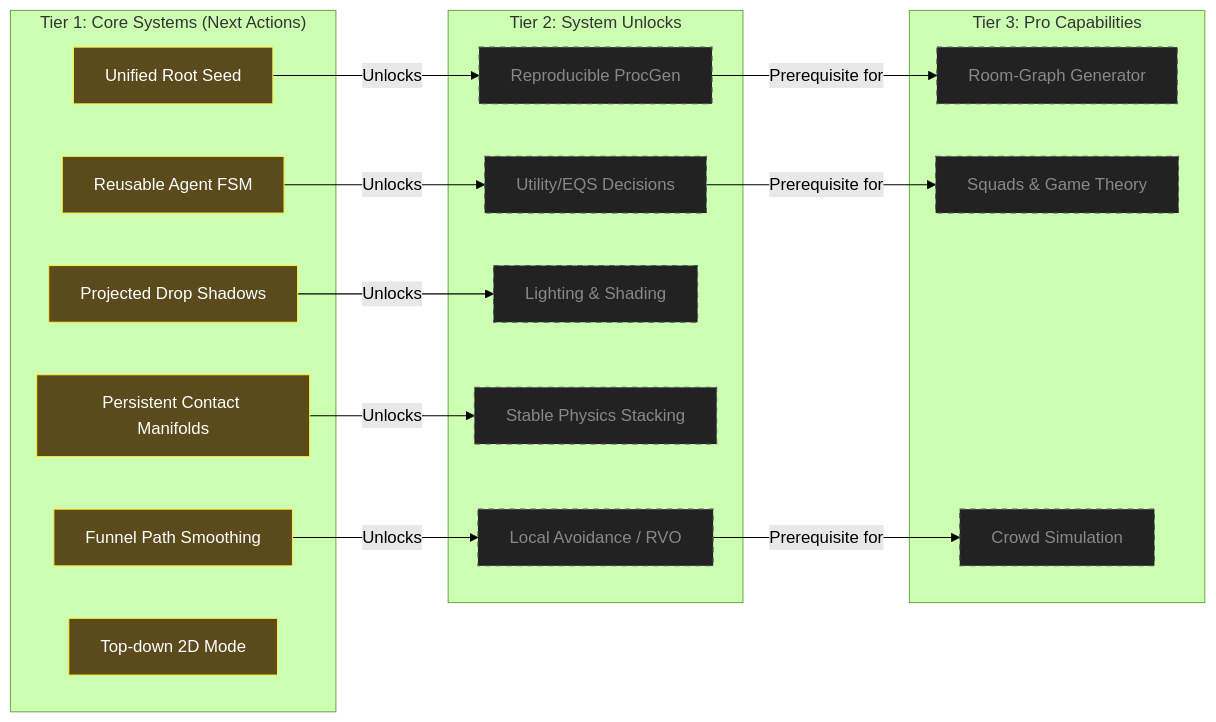
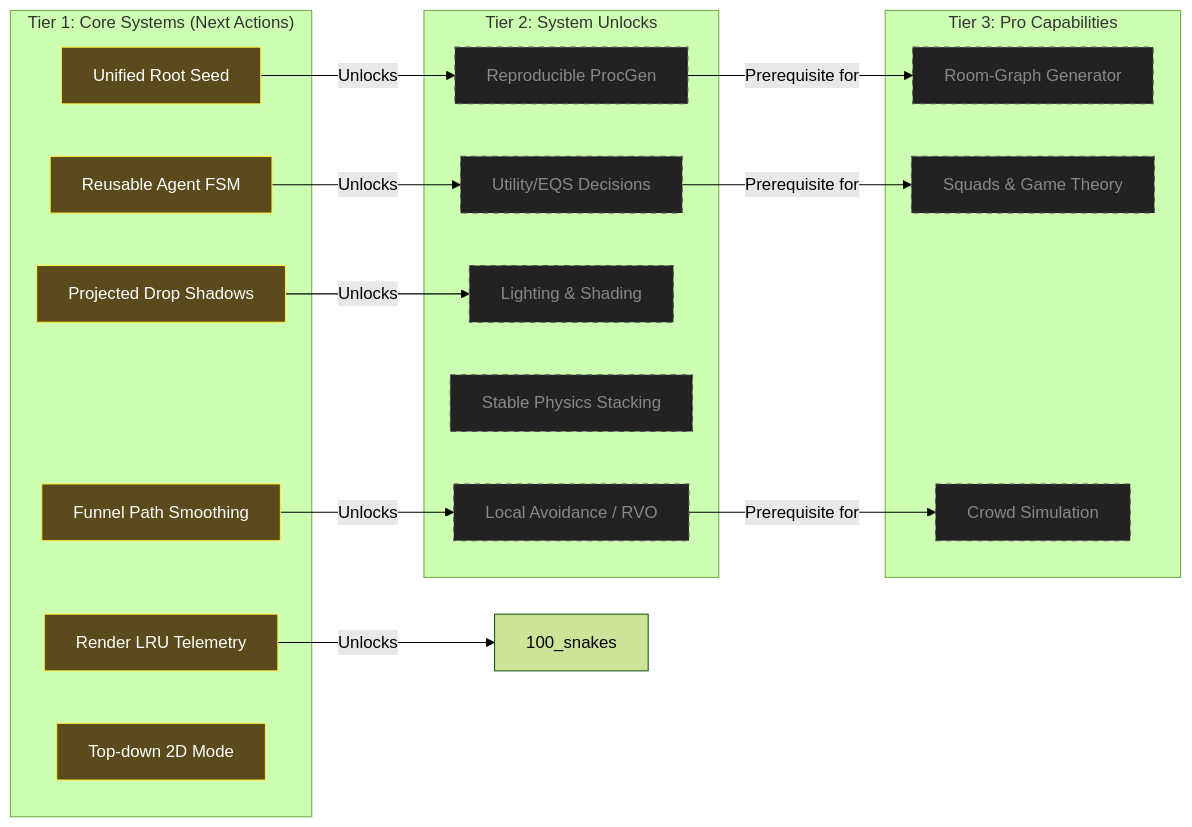
The second of 2 diagrams in Plans/ROADMAP.md (mistercatface/tower), drawn with Mermaid (forest theme) before and after one commit. The commit also changed other lines of this file and 2 other files, not shown here.

````diff
--- a/Plans/ROADMAP.md
+++ b/Plans/ROADMAP.md
@@ -306,51 +306,51 @@
 ```mermaid
 flowchart LR
     %% Foundation Tier
     subgraph T1["Tier 1: Core Systems (Next Actions)"]
         seed[Unified Root Seed]
         fsm[Reusable Agent FSM]
         shadows[Projected Drop Shadows]
-        manifold[Persistent Contact Manifolds]
+        cache[Render LRU Telemetry]
         smooth[Funnel Path Smoothing]
         topdown[Top-down 2D Mode]
     end
 
     %% Unlocks Tier
     subgraph T2["Tier 2: System Unlocks"]
         procgen[Reproducible ProcGen]
         util[Utility/EQS Decisions]
         lighting[Lighting & Shading]
         stacking[Stable Physics Stacking]
         rvo[Local Avoidance / RVO]
     end
 
     %% Advanced Capabilities
     subgraph T3["Tier 3: Pro Capabilities"]
         room[Room-Graph Generator]
         squads[Squads & Game Theory]
         crowd[Crowd Simulation]
     end
 
     %% The Progression Links
     seed -->|Unlocks| procgen
     procgen -->|Prerequisite for| room
 
     fsm -->|Unlocks| util
     util -->|Prerequisite for| squads
 
     shadows -->|Unlocks| lighting
 
-    manifold -->|Unlocks| stacking
+    cache -->|Unlocks| 100_snakes
 
     smooth -->|Unlocks| rvo
     rvo -->|Prerequisite for| crowd
 
     %% Styling
     classDef unlocked fill:#2d4a22,stroke:#4caf50,color:#fff;
     classDef next_step fill:#5a4a1c,stroke:#ffeb3b,color:#fff;
     classDef locked fill:#222,stroke:#555,color:#888,stroke-dasharray: 5 5;
 
-    class seed,fsm,shadows,manifold,smooth,topdown next_step;
+    class seed,fsm,shadows,cache,smooth,topdown next_step;
     class procgen,util,lighting,stacking,rvo locked;
     class room,squads,crowd locked;
 ```
````
